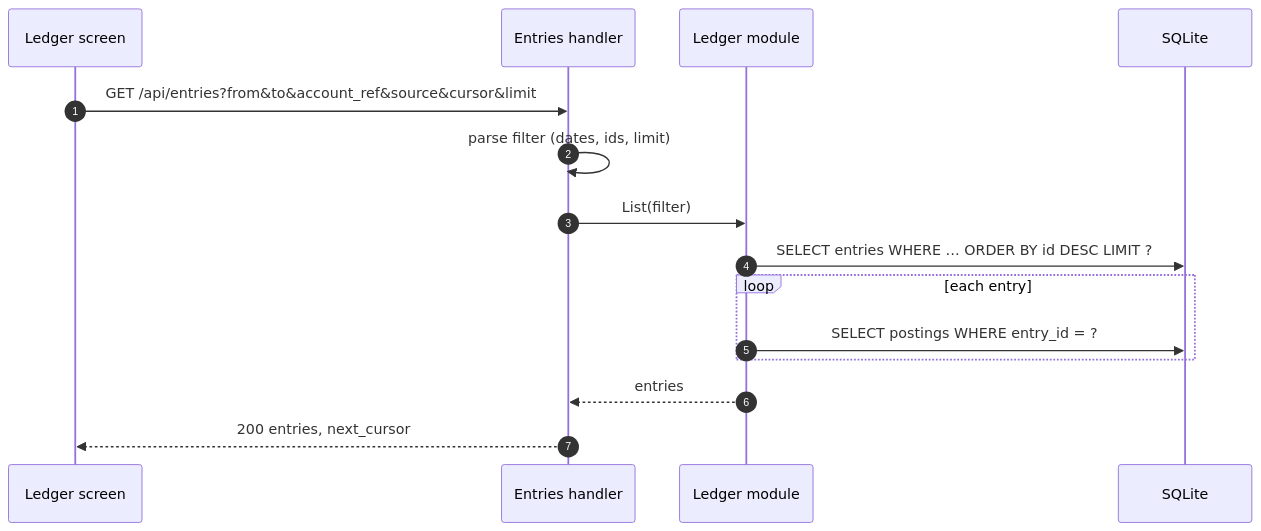
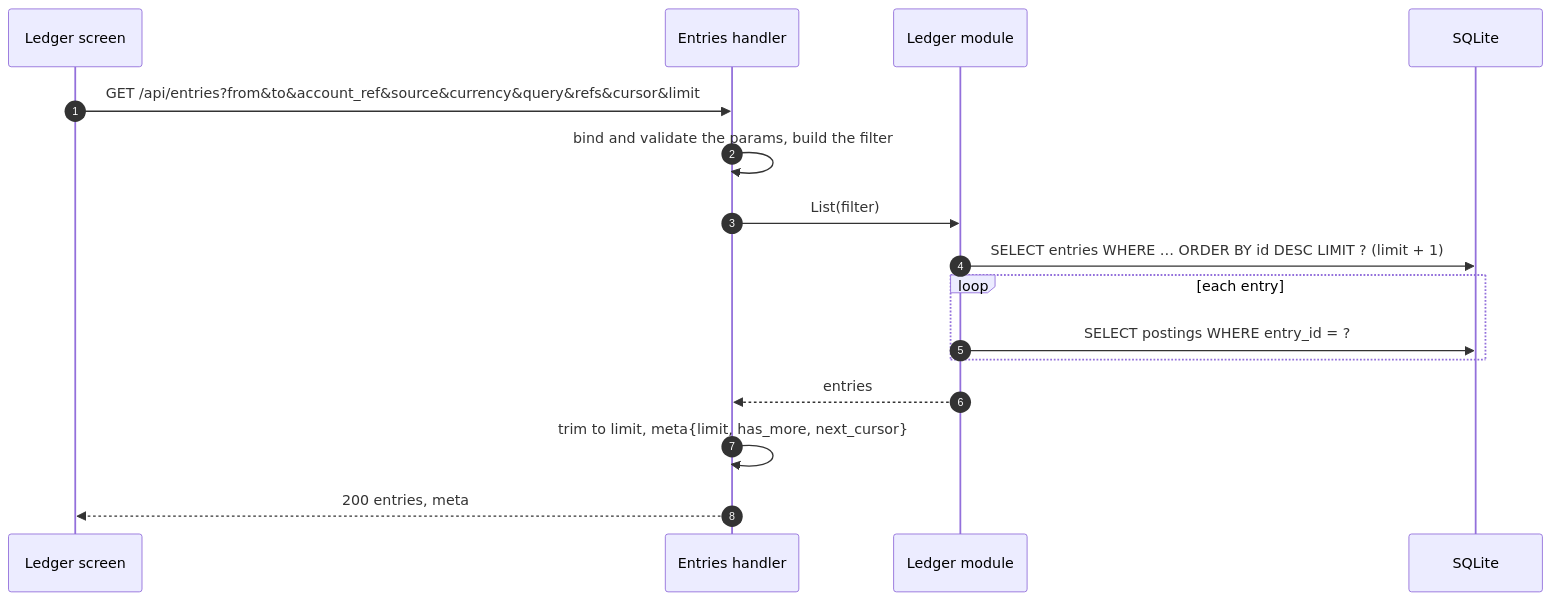
Before and after one commit to dimasbaguspm/spenicle: the diagram in docs/endpoints/GET_api_entries.md, drawn with Mermaid. The commit also changed other lines of this file and 57 other files, not shown here.

Commit message:
feat: give every list a ref cursor, a meta envelope and filters

````diff
--- a/docs/endpoints/GET_api_entries.md
+++ b/docs/endpoints/GET_api_entries.md
@@ -54,17 +69,18 @@
 ```mermaid
 sequenceDiagram
     autonumber
     participant UI as Ledger screen
     participant H as Entries handler
     participant L as Ledger module
     participant DB as SQLite
-    UI->>H: GET /api/entries?from&to&account_ref&source&cursor&limit
-    H->>H: parse filter (dates, ids, limit)
+    UI->>H: GET /api/entries?from&to&account_ref&source&currency&query&refs&cursor&limit
+    H->>H: bind and validate the params, build the filter
     H->>L: List(filter)
-    L->>DB: SELECT entries WHERE … ORDER BY id DESC LIMIT ?
+    L->>DB: SELECT entries WHERE … ORDER BY id DESC LIMIT ? (limit + 1)
     loop each entry
         L->>DB: SELECT postings WHERE entry_id = ?
     end
     L-->>H: entries
-    H-->>UI: 200 entries, next_cursor
+    H->>H: trim to limit, meta{limit, has_more, next_cursor}
+    H-->>UI: 200 entries, meta
 ```
````
